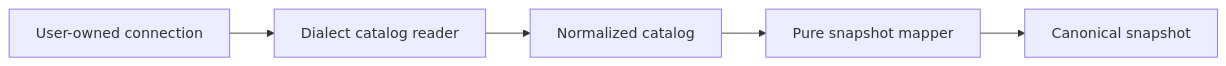
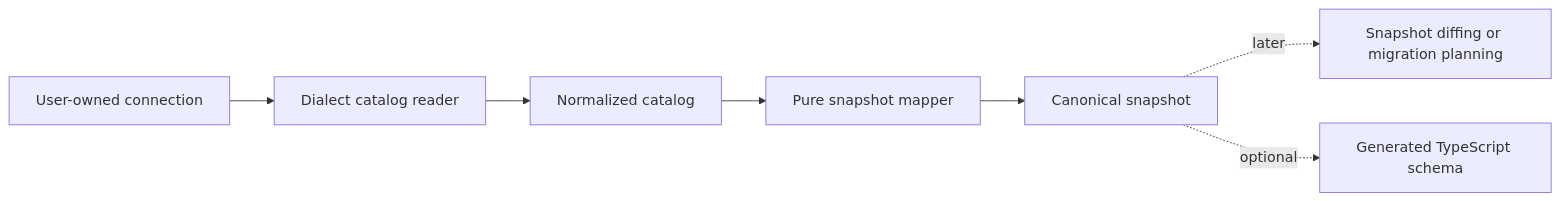
One commit to aleclarson/qubu changed the diagram in docs/schema/introspection.md. Above: the diagram before and after it, drawn with Mermaid. The commit also changed other lines of this file and 31 other files, not shown here.

Commit message:
feat(codegen): generate schemas from introspection

````diff
--- a/docs/schema/introspection.md
+++ b/docs/schema/introspection.md
@@ -15,7 +17,9 @@
 ```mermaid
 flowchart LR
   A[User-owned connection] --> B[Dialect catalog reader]
   B --> C[Normalized catalog]
   C --> D[Pure snapshot mapper]
   D --> E[Canonical snapshot]
+  E -. later .-> F[Snapshot diffing or migration planning]
+  E -. optional .-> G[Generated TypeScript schema]
 ```
````
